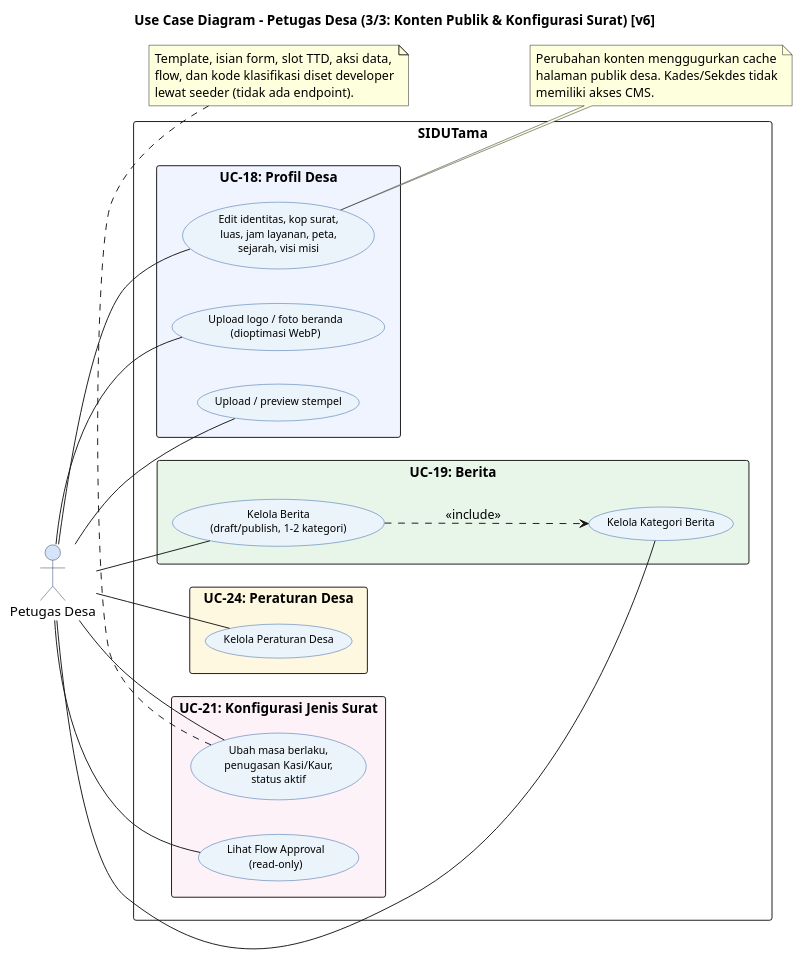
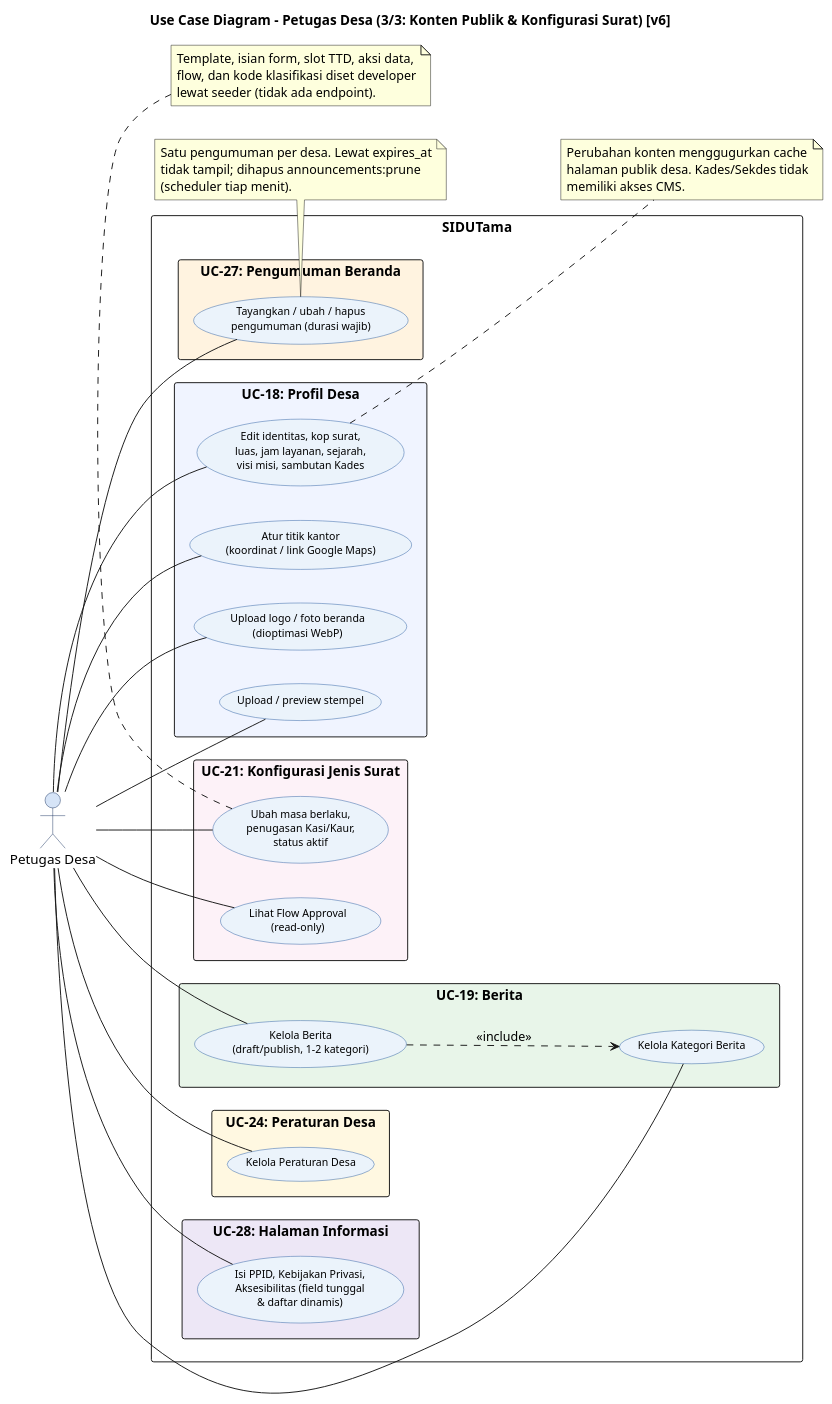
One commit to Vextronode/sid-app changed the diagram in docs/diagram/code/usecase/04_UC_PetugasDesa_KontenKonfigurasi_v6.puml. Above: the diagram before and after it, drawn with PlantUML. The commit also changed other lines of this file and 115 other files, not shown here.

```diff
--- a/docs/diagram/code/usecase/04_UC_PetugasDesa_KontenKonfigurasi_v6.puml
+++ b/docs/diagram/code/usecase/04_UC_PetugasDesa_KontenKonfigurasi_v6.puml
@@ -9,58 +9,73 @@
 @startuml UC_PetugasDesa_Konten_v6
 left to right direction
 skinparam packageStyle rectangle
 skinparam backgroundColor #FFFFFF
 skinparam usecase {
   BackgroundColor #EBF3FB
   BorderColor #2E5FA3
   FontName Arial
   FontSize 11
 }
 skinparam actor {
   BackgroundColor #D6E4F7
   BorderColor #1F3864
 }
 title Use Case Diagram - Petugas Desa (3/3: Konten Publik & Konfigurasi Surat) [v6]
 
 actor "Petugas Desa" as PD
 
 rectangle "SIDUTama" {
   rectangle "UC-18: Profil Desa" #F0F4FF {
-    usecase "Edit identitas, kop surat,\nluas, jam layanan, peta,\nsejarah, visi misi" as UC_DESA
+    usecase "Edit identitas, kop surat,\nluas, jam layanan, sejarah,\nvisi misi, sambutan Kades" as UC_DESA
+    usecase "Atur titik kantor\n(koordinat / link Google Maps)" as UC_LOC
     usecase "Upload logo / foto beranda\n(dioptimasi WebP)" as UC_IMG
     usecase "Upload / preview stempel" as UC_STAMP
   }
   rectangle "UC-19: Berita" #E8F5E9 {
     usecase "Kelola Berita\n(draft/publish, 1-2 kategori)" as UC_NEWS
     usecase "Kelola Kategori Berita" as UC_NEWSCAT
   }
   rectangle "UC-24: Peraturan Desa" #FFF8E1 {
     usecase "Kelola Peraturan Desa" as UC_REG
   }
+  rectangle "UC-27: Pengumuman Beranda" #FFF3E0 {
+    usecase "Tayangkan / ubah / hapus\npengumuman (durasi wajib)" as UC_ANN
+  }
+  rectangle "UC-28: Halaman Informasi" #EDE7F6 {
+    usecase "Isi PPID, Kebijakan Privasi,\nAksesibilitas (field tunggal\n& daftar dinamis)" as UC_INFO
+  }
   rectangle "UC-21: Konfigurasi Jenis Surat" #FDF2F8 {
     usecase "Ubah masa berlaku,\npenugasan Kasi/Kaur,\nstatus aktif" as UC_LT
     usecase "Lihat Flow Approval\n(read-only)" as UC_FLOW
   }
 }
 
 PD -- UC_DESA
+PD -- UC_LOC
 PD -- UC_IMG
 PD -- UC_STAMP
 PD -- UC_NEWS
 PD -- UC_NEWSCAT
 PD -- UC_REG
+PD -- UC_ANN
+PD -- UC_INFO
 PD -- UC_LT
 PD -- UC_FLOW
 UC_NEWS ..> UC_NEWSCAT : <<include>>
 
 note bottom of UC_LT
   Template, isian form, slot TTD, aksi data,
   flow, dan kode klasifikasi diset developer
   lewat seeder (tidak ada endpoint).
 end note
+note bottom of UC_ANN
+  Satu pengumuman per desa. Lewat expires_at
+  tidak tampil; dihapus announcements:prune
+  (scheduler tiap menit).
+end note
 note right of UC_DESA
   Perubahan konten menggugurkan cache
   halaman publik desa. Kades/Sekdes tidak
   memiliki akses CMS.
 end note
 @enduml
```
